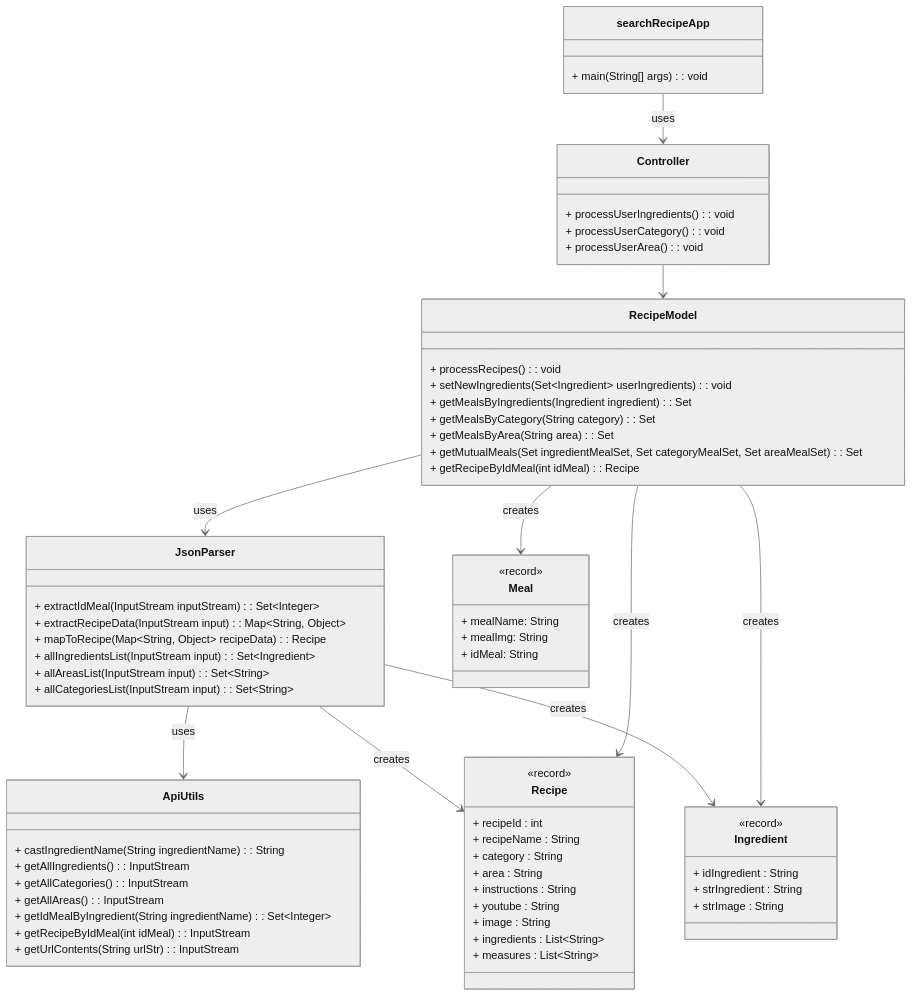
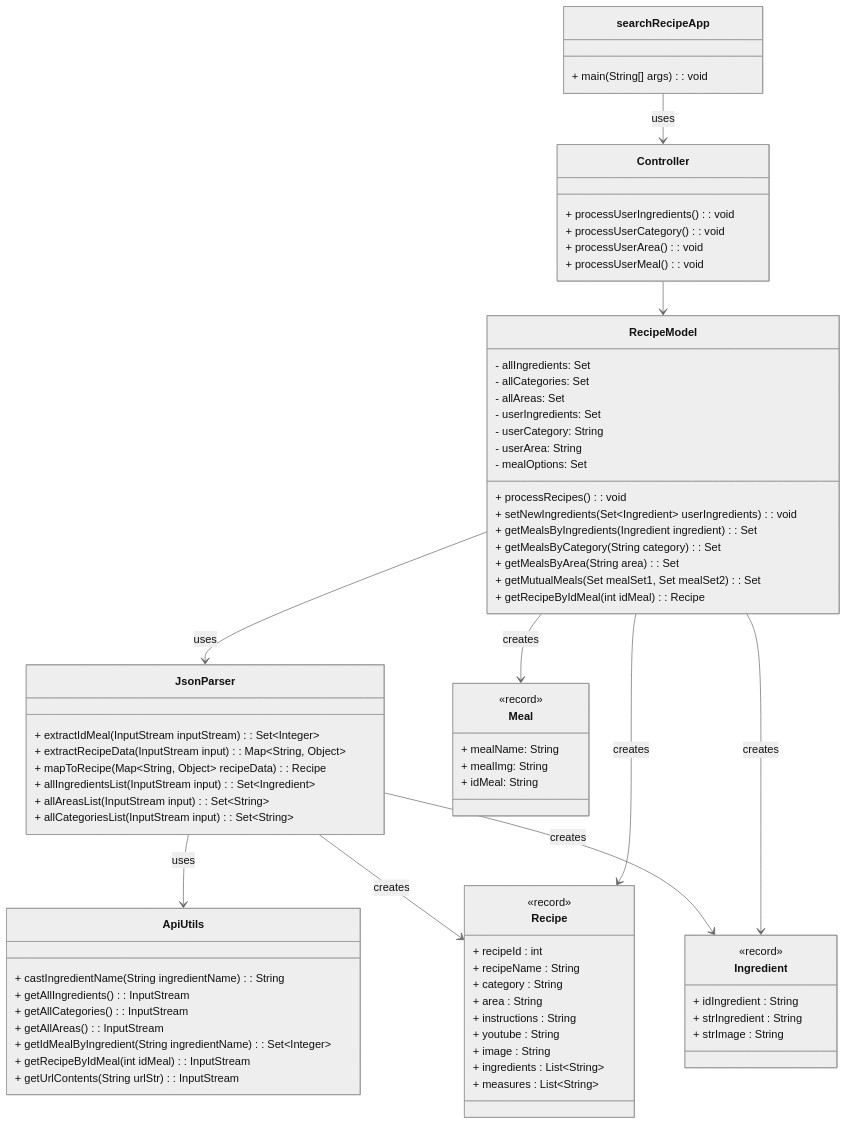
The diagram in uml.md (5004-SEA-Fa24-Geeng/final-project-final-project-8), drawn with Mermaid (neutral theme) before and after one commit. The commit also changed 1 other file, not shown here.

Commit message:
Update UML and model

```diff
--- a/uml.md
+++ b/uml.md
@@ -61,13 +61,22 @@
     }
     
     class RecipeModel {
+        - allIngredients: Set<Ingredient>
+        - allCategories: Set<String>
+        - allAreas: Set<String>
+        - userIngredients: Set<Ingredient>
+        - userCategory: String
+        - userArea: String
+        - mealOptions: Set<Meal>
+        
         + processRecipes() : void
         + setNewIngredients(Set~Ingredient~ userIngredients) : void
+        
         + getMealsByIngredients(Ingredient ingredient): Set<Meal>
         + getMealsByCategory(String category): Set<Meal>
         + getMealsByArea(String area): Set<Meal>
-        + getMutualMeals(Set<Meal> ingredientMealSet, Set<Meal> categoryMealSet, Set<Meal> areaMealSet): Set<Meal>
         
+        + getMutualMeals(Set<Meal> mealSet1, Set<Meal> mealSet2): Set<Meal>
         + getRecipeByIdMeal(int idMeal) : Recipe
         
     }
@@ -76,6 +85,7 @@
         + processUserIngredients(): void
         + processUserCategory(): void
         + processUserArea(): void
+        + processUserMeal(): void
     }
     
     
```
